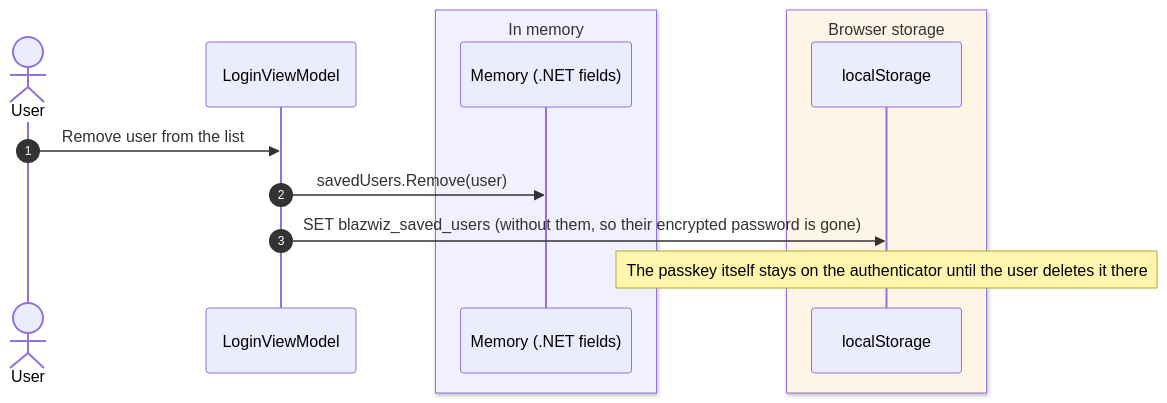
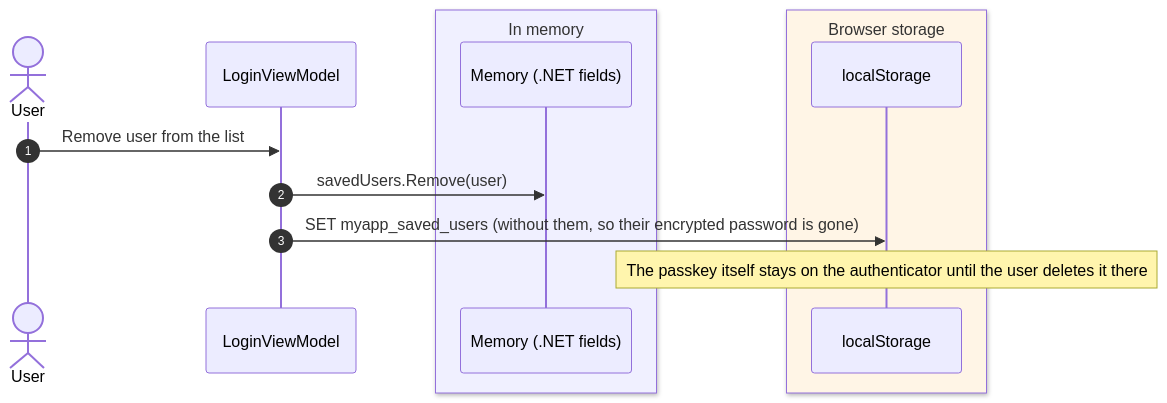
Before and after one commit to devoctomy/blazwiz: the fifth of 5 diagrams in docs/diagrams/prf-remember-me.md, drawn with Mermaid. The commit also changed other lines of this file and 9 other files, not shown here.

First line of the commit message:
chore: update to documents / diagrams and agents (#17)

````diff
--- a/docs/diagrams/prf-remember-me.md
+++ b/docs/diagrams/prf-remember-me.md
@@ -263,17 +290,17 @@
 ```mermaid
 sequenceDiagram
     autonumber
     actor User
     participant VM as LoginViewModel
     box rgb(240,240,255) In memory
         participant Mem as Memory (.NET fields)
     end
     box rgb(255,245,230) Browser storage
         participant LS as localStorage
     end
 
     User->>VM: Remove user from the list
     VM->>Mem: savedUsers.Remove(user)
-    VM->>LS: SET blazwiz_saved_users (without them, so their encrypted password is gone)
+    VM->>LS: SET myapp_saved_users (without them, so their encrypted password is gone)
     Note over LS: The passkey itself stays on the authenticator until the user deletes it there
 ```
````
